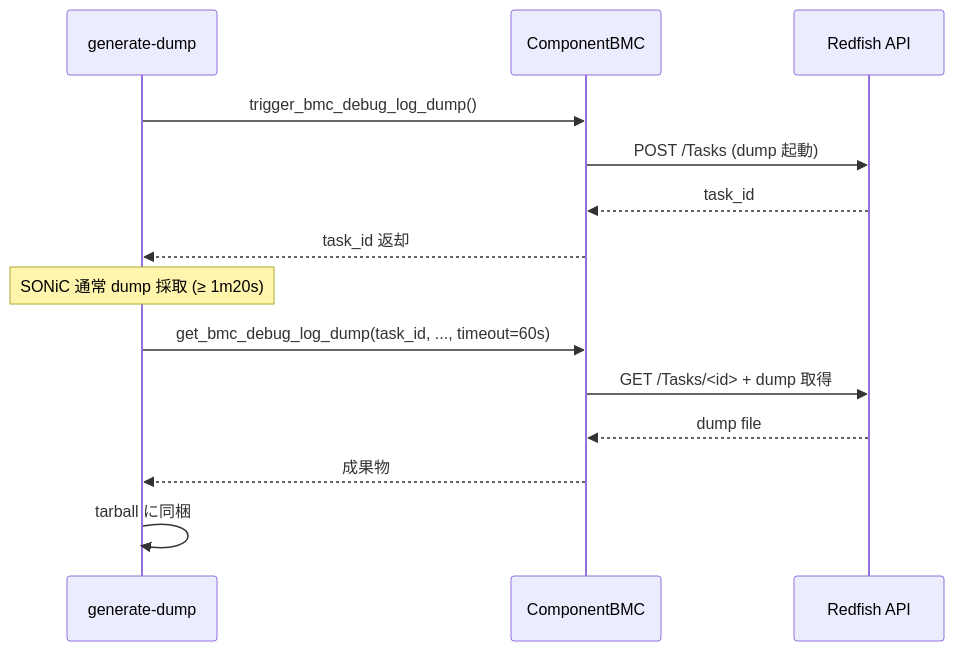
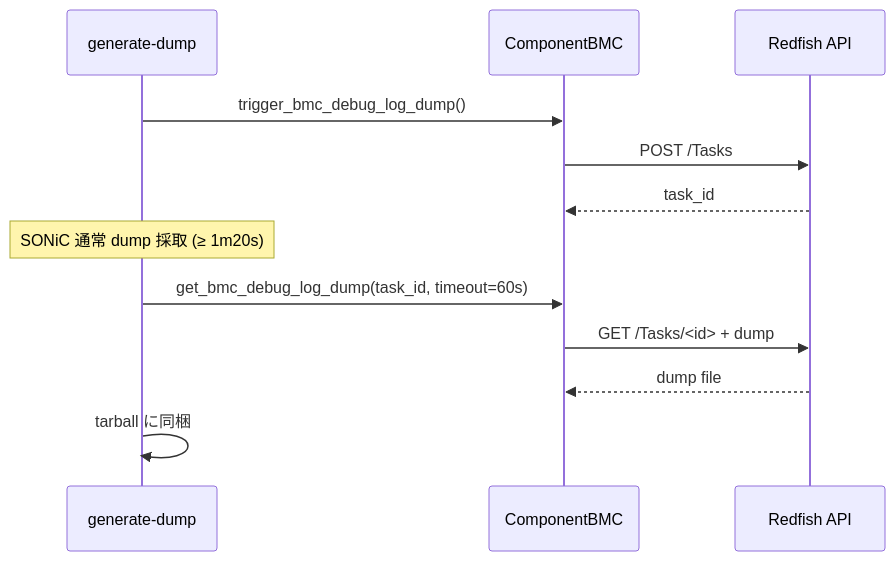
One commit to aoki-taquan/sonic-unofficial-docs changed the second of 2 diagrams in docs/platform/support-bmc-flows-in-sonic.md. Above: the diagram before and after it, drawn with Mermaid. The commit also changed other lines of this file and 4 other files, not shown here.

````diff
--- a/docs/platform/support-bmc-flows-in-sonic.md
+++ b/docs/platform/support-bmc-flows-in-sonic.md
@@ -133,16 +121,14 @@
 ```mermaid
 sequenceDiagram
     participant TS as generate-dump
     participant BMC as ComponentBMC
     participant RF as Redfish API
     TS->>BMC: trigger_bmc_debug_log_dump()
-    BMC->>RF: POST /Tasks (dump 起動)
+    BMC->>RF: POST /Tasks
     RF-->>BMC: task_id
-    BMC-->>TS: task_id 返却
     Note over TS: SONiC 通常 dump 採取 (≥ 1m20s)
-    TS->>BMC: get_bmc_debug_log_dump(task_id, ..., timeout=60s)
-    BMC->>RF: GET /Tasks/<id> + dump 取得
+    TS->>BMC: get_bmc_debug_log_dump(task_id, timeout=60s)
+    BMC->>RF: GET /Tasks/<id> + dump
     RF-->>BMC: dump file
-    BMC-->>TS: 成果物
     TS->>TS: tarball に同梱
 ```
````
